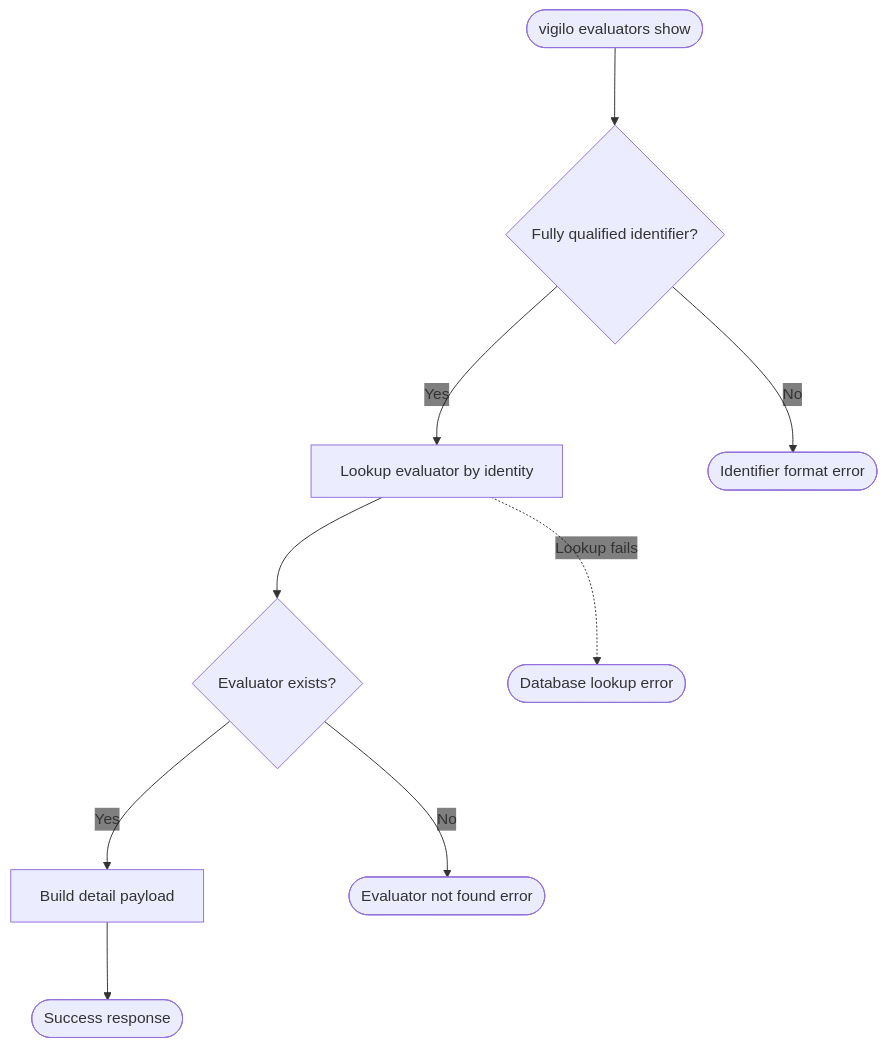
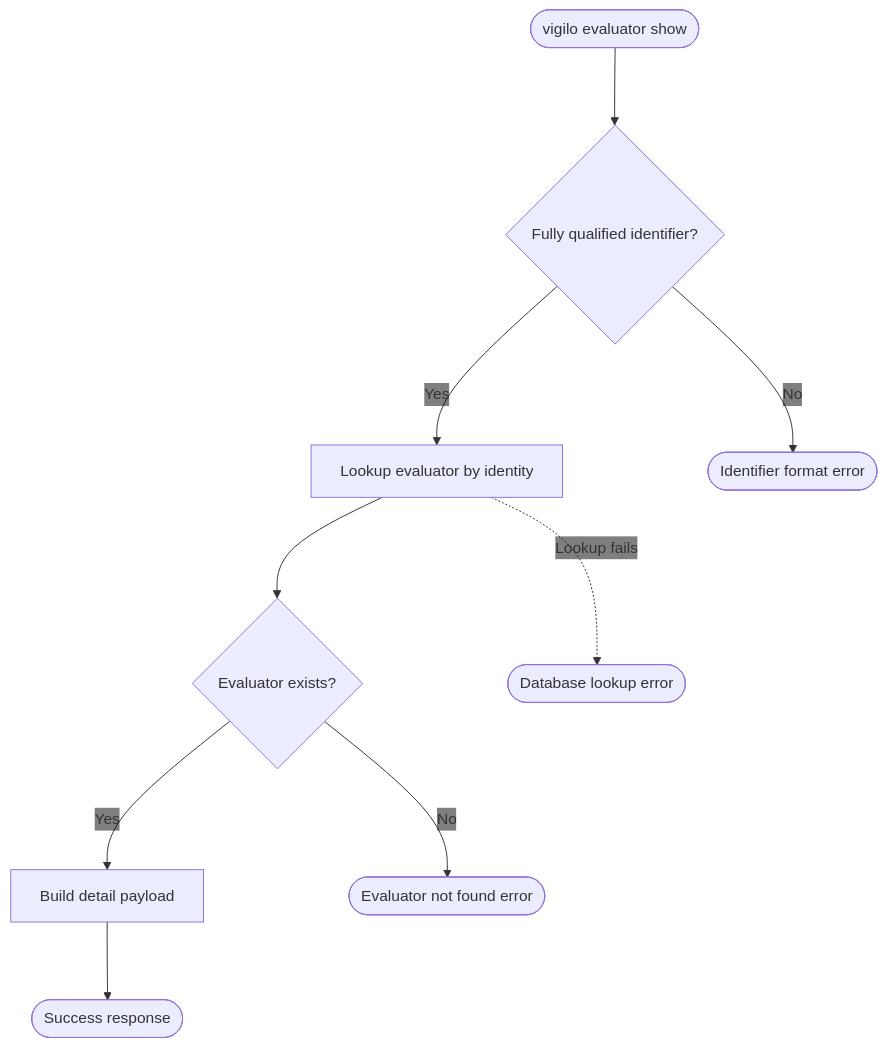
One commit to gregl83/agent-vigilo changed the diagram in web/docs/architecture/flows/evaluators/show/decision-flow.mmd. Above: the diagram before and after it, drawn with Mermaid. The commit also changed 40 other files, not shown here.

```diff
--- a/web/docs/architecture/flows/evaluators/show/decision-flow.mmd
+++ b/web/docs/architecture/flows/evaluators/show/decision-flow.mmd
@@ -1,39 +1,39 @@
 ---
 config:
   flowchart:
     nodeSpacing: 150
     rankSpacing: 80
   themeVariables:
     edgeLabelBackground: 'transparent'
 ---
 flowchart TD
-    Start([vigilo evaluators show])
+    Start([vigilo evaluator show])
 
     Identifier{Fully qualified identifier?}
     Lookup[Lookup evaluator by identity]
     Found{Evaluator exists?}
     Payload[Build detail payload]
 
     Success([Success response])
 
     IdentifierFail([Identifier format error])
     NotFoundFail([Evaluator not found error])
     LookupFail([Database lookup error])
 
     Start --> Identifier
 
     Identifier -- No --> IdentifierFail
     Identifier -- Yes --> Lookup
 
     Lookup --> Found
     Lookup -. Lookup fails .-> LookupFail
 
     Found -- Yes --> Payload
     Found -- No --> NotFoundFail
 
     Payload --> Success
 
     class Start command
     class Success success
     class Identifier,Lookup,Found,Payload system
     class IdentifierFail,NotFoundFail,LookupFail error
```
